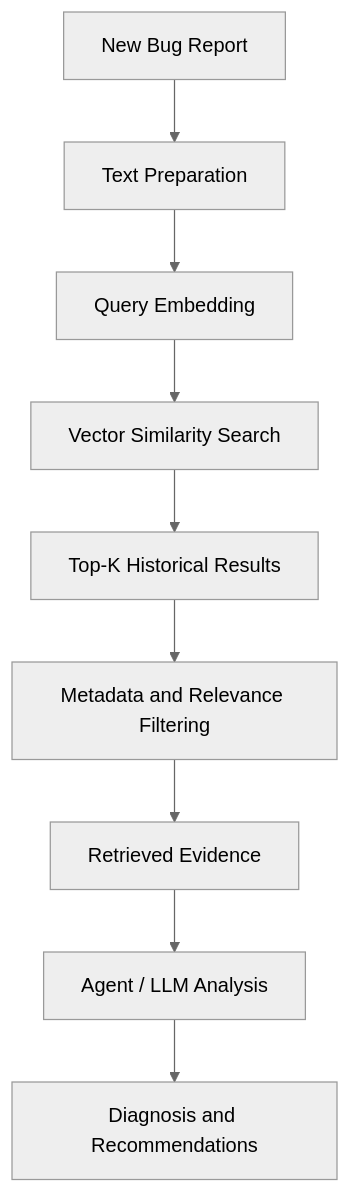
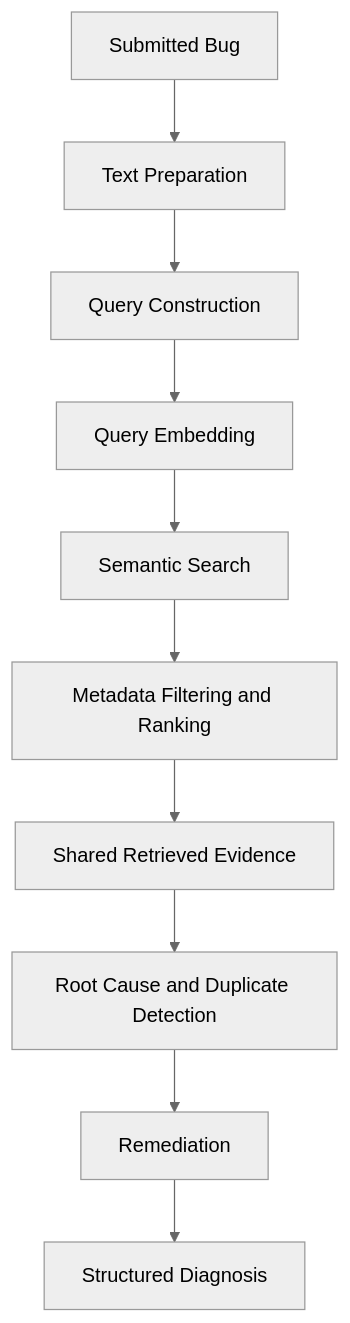
Before and after one commit to Mokshsaini7/intelligent-bug-diagnosis-platform: the third of 3 diagrams in README.md, drawn with Mermaid (neutral theme). The commit also changed other lines of this file, not shown here.

````diff
--- a/README.md
+++ b/README.md
@@ -346,11 +258,12 @@
 ```mermaid
 flowchart TD
-    A["New Bug Report"] --> B["Text Preparation"]
-    B --> C["Query Embedding"]
-    C --> D["Vector Similarity Search"]
-    D --> E["Top-K Historical Results"]
-    E --> F["Metadata and Relevance Filtering"]
-    F --> G["Retrieved Evidence"]
-    G --> H["Agent / LLM Analysis"]
-    H --> I["Diagnosis and Recommendations"]
+    A["Submitted Bug"] --> B["Text Preparation"]
+    B --> C["Query Construction"]
+    C --> D["Query Embedding"]
+    D --> E["Semantic Search"]
+    E --> F["Metadata Filtering and Ranking"]
+    F --> G["Shared Retrieved Evidence"]
+    G --> H["Root Cause and Duplicate Detection"]
+    H --> I["Remediation"]
+    I --> J["Structured Diagnosis"]
 ```
````
